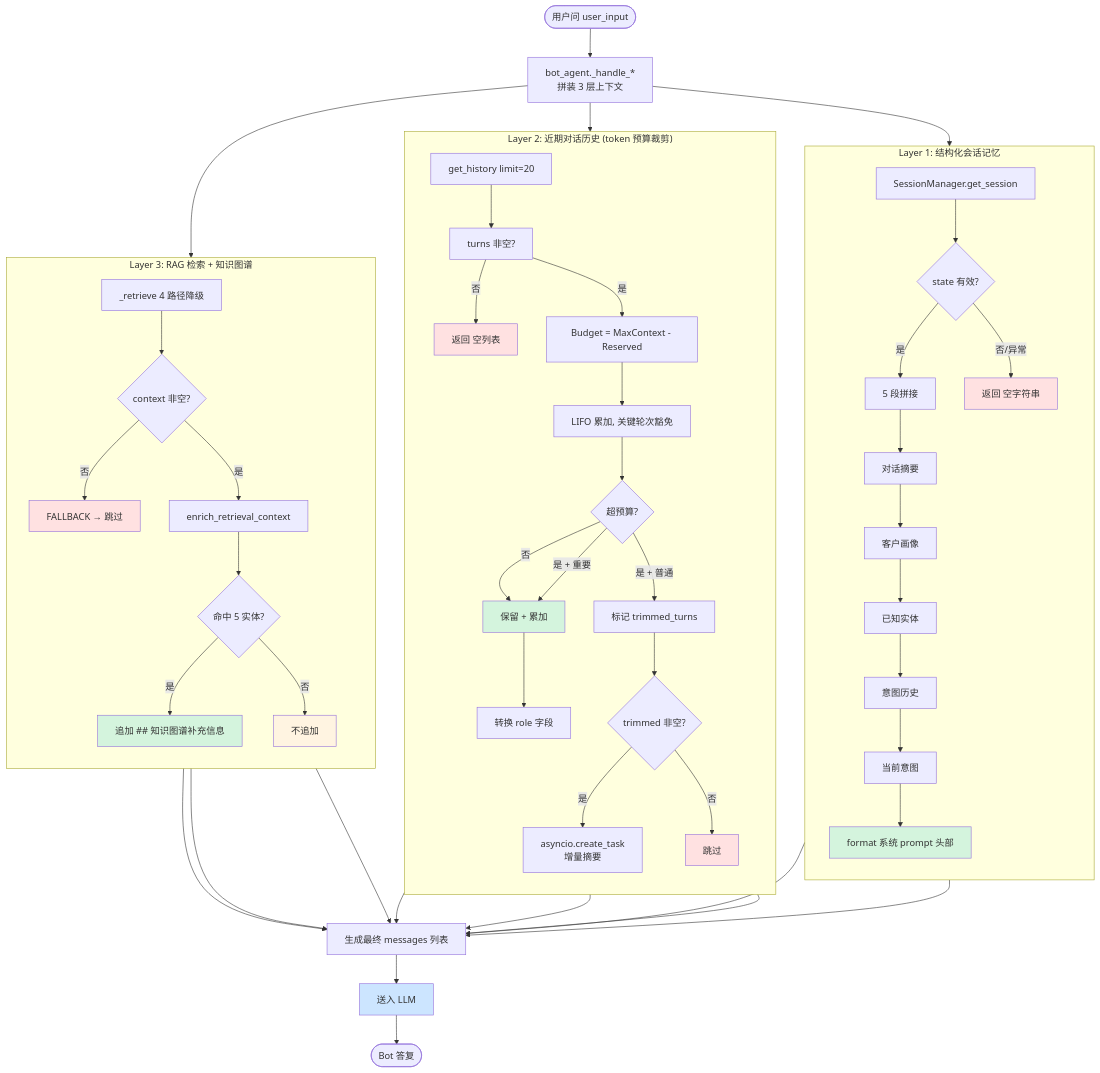
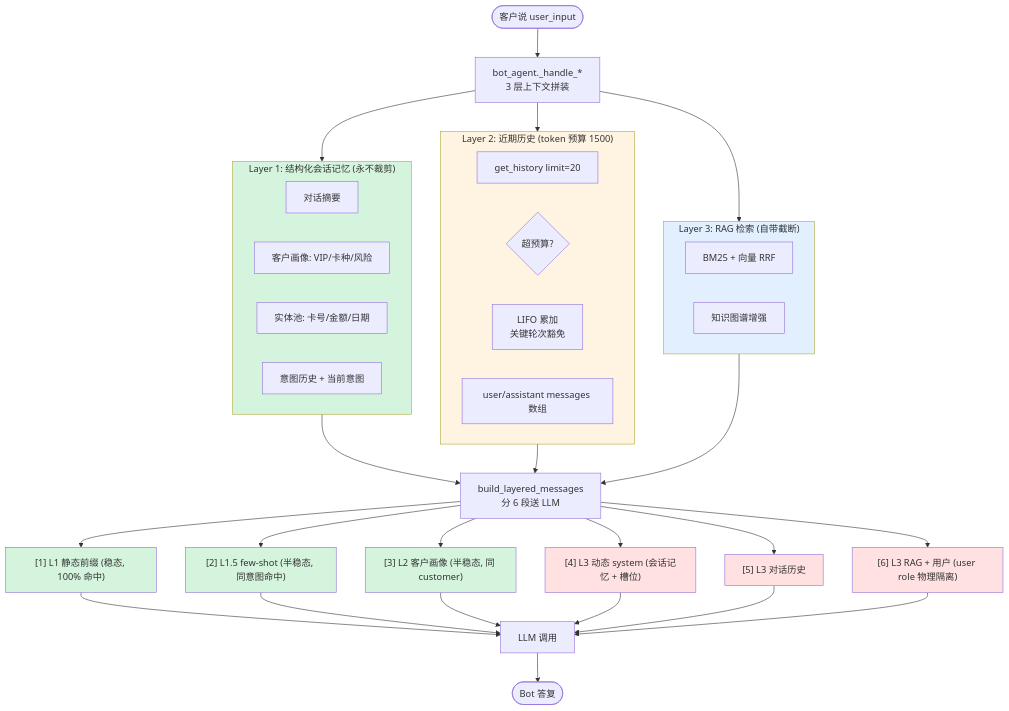
One commit to slowleelab/lumio changed the diagram in docs/book/chapters/15-context-engineering.md. Above: the diagram before and after it, drawn with Mermaid. The commit also changed other lines of this file and 2 other files, not shown here.

First line of the commit message:
docs: 第 15 章通篇重写 - 13 节压到 8 节, 主线图先行, LIFO/KV cache 冲突合流

````diff
--- a/docs/book/chapters/15-context-engineering.md
+++ b/docs/book/chapters/15-context-engineering.md
@@ -389,70 +40,57 @@
 ```mermaid
-%% 完整源码: docs/book/diagrams/context-engineering.mmd
 flowchart TB
-    Start([用户问 user_input]) --> Build[bot_agent._handle_*<br/>拼装 3 层上下文]
+    User([客户说 user_input]) --> Build[bot_agent._handle_*<br/>3 层上下文拼装]
 
-    subgraph L1["Layer 1: 结构化会话记忆"]
-        direction TB
-        L1a[SessionManager.get_session] --> L1b{state 有效?}
-        L1b -- 是 --> L1c[5 段拼接]
-        L1c --> L1c1[对话摘要]
-        L1c1 --> L1c2[客户画像]
-        L1c2 --> L1c3[已知实体]
-        L1c3 --> L1c4[意图历史]
-        L1c4 --> L1c5[当前意图]
-        L1c5 --> L1d[format 系统 prompt 头部]
-        L1b -- 否/异常 --> L1Empty[返回 空字符串]
+    subgraph L1["Layer 1: 结构化会话记忆 (永不裁剪)"]
+        L1Sum[对话摘要]
+        L1Profile[客户画像: VIP/卡种/风险]
+        L1Entity[实体池: 卡号/金额/日期]
+        L1Intent[意图历史 + 当前意图]
     end
 
-    subgraph L2["Layer 2: 近期对话历史 (token 预算裁剪)"]
-        direction TB
-        L2a[get_history limit=20] --> L2b[turns 非空?]
-        L2b -- 否 --> L2Empty[返回 空列表]
-        L2b -- 是 --> L2c[Budget = MaxContext - Reserved]
-        L2c --> L2d[LIFO 累加, 关键轮次豁免]
-        L2d --> L2e{超预算?}
-        L2e -- 否 --> L2Keep[保留 + 累加]
-        L2e -- 是 + 普通 --> L2Trim[标记 trimmed_turns]
-        L2e -- 是 + 重要 --> L2Keep
-        L2Keep --> L2f[转换 role 字段]
-        L2Trim --> L2g{trimmed 非空?}
-        L2g -- 是 --> L2h[asyncio.create_task<br/>增量摘要]
-        L2g -- 否 --> L2Skip[跳过]
+    subgraph L2["Layer 2: 近期历史 (token 预算 1500)"]
+        L2Get[get_history limit=20]
+        L2Cmp{超预算?}
+        L2LIFO[LIFO 累加<br/>关键轮次豁免]
+        L2Out[user/assistant messages 数组]
     end
 
-    subgraph L3["Layer 3: RAG 检索 + 知识图谱"]
-        direction TB
-        L3a[_retrieve 4 路径降级] --> L3b{context 非空?}
-        L3b -- 否 --> L3Empty[FALLBACK → 跳过]
-        L3b -- 是 --> L3c[enrich_retrieval_context]
-        L3c --> L3d{命中 5 实体?}
-        L3d -- 是 --> L3e[追加 ## 知识图谱补充信息]
-        L3d -- 否 --> L3NoKG[不追加]
+    subgraph L3["Layer 3: RAG 检索 (自带截断)"]
+        L3Rag[BM25 + 向量 RRF]
+        L3Kg[知识图谱增强]
     end
 
     Build --> L1
     Build --> L2
     Build --> L3
 
-    L1d --> Sum[生成最终 messages 列表]
-    L1Empty --> Sum
-    L2f --> Sum
-    L2Skip --> Sum
-    L2Empty --> Sum
-    L3e --> Sum
-    L3NoKG --> Sum
-    L3Empty --> Sum
+    L1 --> KV["build_layered_messages<br/>分 6 段送 LLM"]
+    L2 --> KV
+    L3 --> KV
 
-    Sum --> LLM[送入 LLM]
+    KV --> KV1["[1] L1 静态前缀 (稳态, 100% 命中)"]
+    KV --> KV2["[2] L1.5 few-shot (半稳态, 同意图命中)"]
+    KV --> KV3["[3] L2 客户画像 (半稳态, 同 customer)"]
+    KV --> KV4["[4] L3 动态 system (会话记忆 + 槽位)"]
+    KV --> KV5["[5] L3 对话历史"]
+    KV --> KV6["[6] L3 RAG + 用户 (user role 物理隔离)"]
+
+    KV1 --> LLM[LLM 调用]
+    KV2 --> LLM
+    KV3 --> LLM
+    KV4 --> LLM
+    KV5 --> LLM
+    KV6 --> LLM
+
     LLM --> Resp([Bot 答复])
 
-    style L1Empty fill:#ffe1e1
-    style L2Empty fill:#ffe1e1
-    style L3Empty fill:#ffe1e1
-    style L2Skip fill:#ffe1e1
-    style L3NoKG fill:#fff4e1
-    style L1d fill:#d4f4dd
-    style L2Keep fill:#d4f4dd
-    style L3e fill:#d4f4dd
-    style LLM fill:#cce5ff
+    style L1 fill:#d4f4dd
+    style L2 fill:#fff4e1
+    style L3 fill:#e1efff
+    style KV1 fill:#d4f4dd
+    style KV2 fill:#d4f4dd
+    style KV3 fill:#d4f4dd
+    style KV4 fill:#ffe1e1
+    style KV5 fill:#ffe1e1
+    style KV6 fill:#ffe1e1
 ```
````
